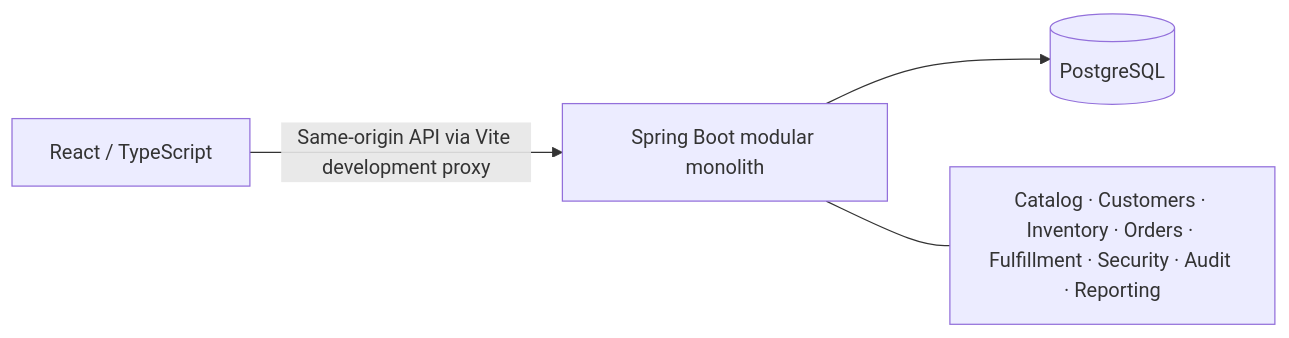
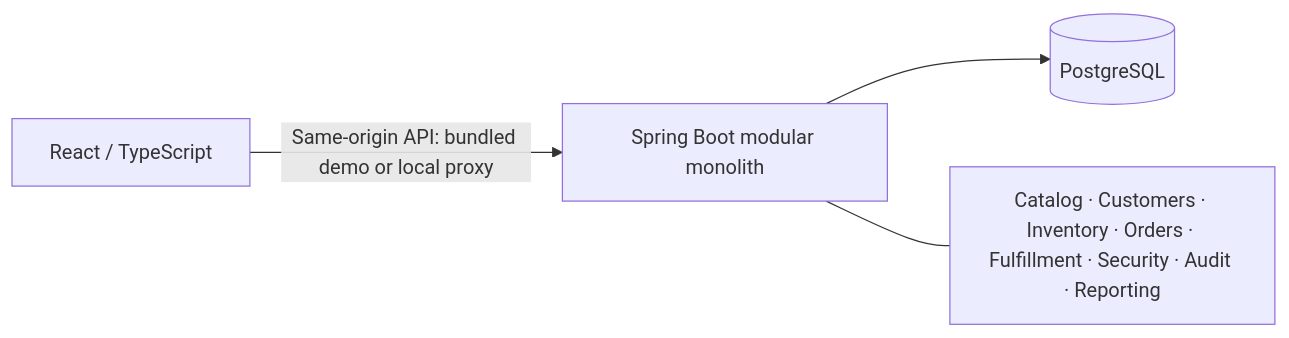
One commit to CerenGzn/operationsflow changed the diagram in README.md. Above: the diagram before and after it, drawn with Mermaid. The commit also changed other lines of this file and 5 other files, not shown here.

````diff
--- a/README.md
+++ b/README.md
@@ -62,6 +62,6 @@
 ```mermaid
 flowchart LR
-    UI[React / TypeScript] -->|Same-origin API via Vite development proxy| API[Spring Boot modular monolith]
+    UI[React / TypeScript] -->|Same-origin API: bundled demo or local proxy| API[Spring Boot modular monolith]
     API --> DB[(PostgreSQL)]
     API --- Modules[Catalog · Customers · Inventory · Orders · Fulfillment · Security · Audit · Reporting]
 ```
````
